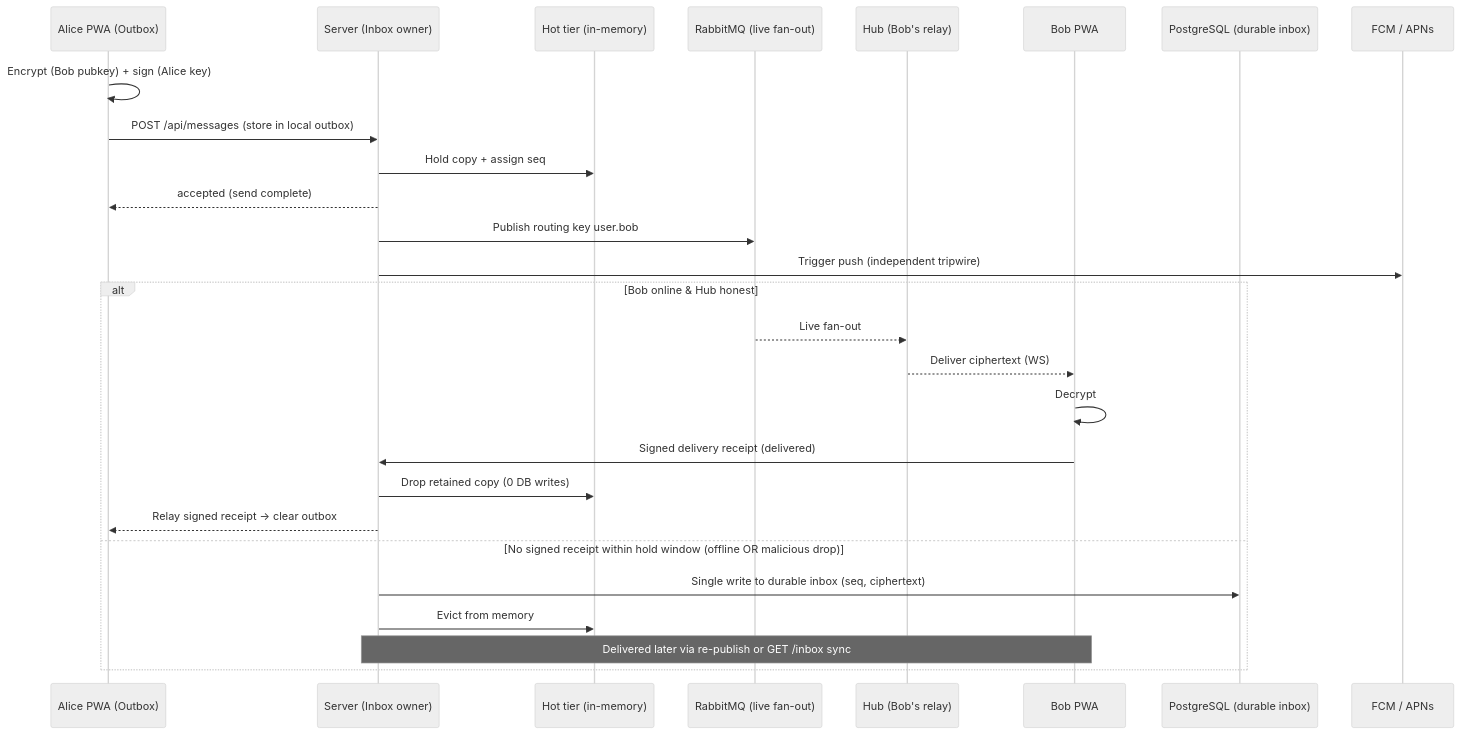
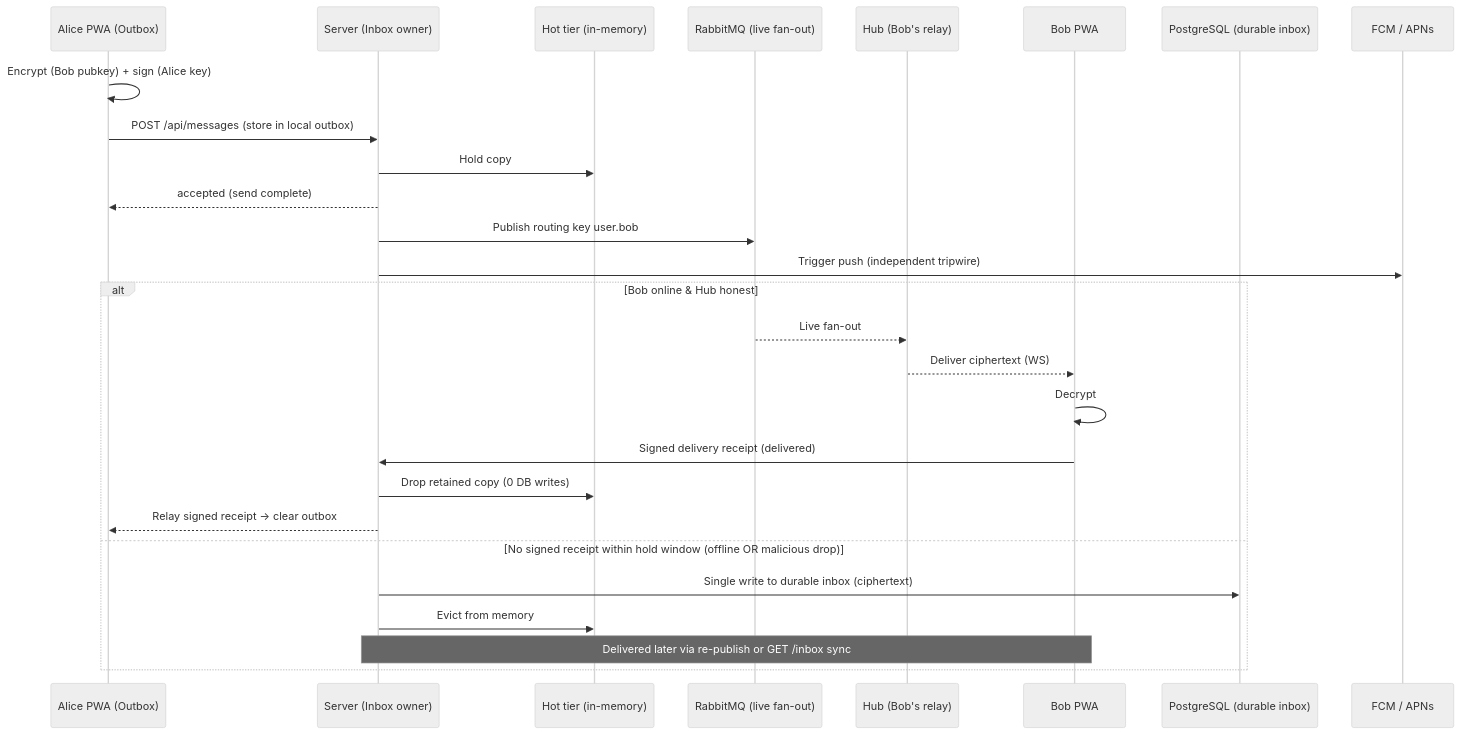
One commit to olshanskyev/fourletters-meta changed the fourth of 6 diagrams in doc/ARCHITECTURE.md. Above: the diagram before and after it, drawn with Mermaid (neutral theme). The commit also changed other lines of this file and 6 other files, not shown here.

````diff
--- a/doc/ARCHITECTURE.md
+++ b/doc/ARCHITECTURE.md
@@ -130,31 +130,31 @@
 ```mermaid
 sequenceDiagram
     participant Alice as Alice PWA (Outbox)
     participant Server as Server (Inbox owner)
     participant Hot as Hot tier (in-memory)
     participant MQ as RabbitMQ (live fan-out)
     participant Hub as Hub (Bob's relay)
     participant Bob as Bob PWA
     participant DB as PostgreSQL (durable inbox)
     participant Push as FCM / APNs
 
     Alice->>Alice: Encrypt (Bob pubkey) + sign (Alice key)
     Alice->>Server: POST /api/messages (store in local outbox)
-    Server->>Hot: Hold copy + assign seq
+    Server->>Hot: Hold copy
     Server-->>Alice: accepted (send complete)
     Server->>MQ: Publish routing key user.bob
     Server->>Push: Trigger push (independent tripwire)
 
     alt Bob online & Hub honest
         MQ-->>Hub: Live fan-out
         Hub-->>Bob: Deliver ciphertext (WS)
         Bob->>Bob: Decrypt
         Bob->>Server: Signed delivery receipt (delivered)
         Server->>Hot: Drop retained copy (0 DB writes)
         Server-->>Alice: Relay signed receipt -> clear outbox
     else No signed receipt within hold window (offline OR malicious drop)
-        Server->>DB: Single write to durable inbox (seq, ciphertext)
+        Server->>DB: Single write to durable inbox (ciphertext)
         Server->>Hot: Evict from memory
         Note over Bob,Server: Delivered later via re-publish or GET /inbox sync
     end
 ```
````
